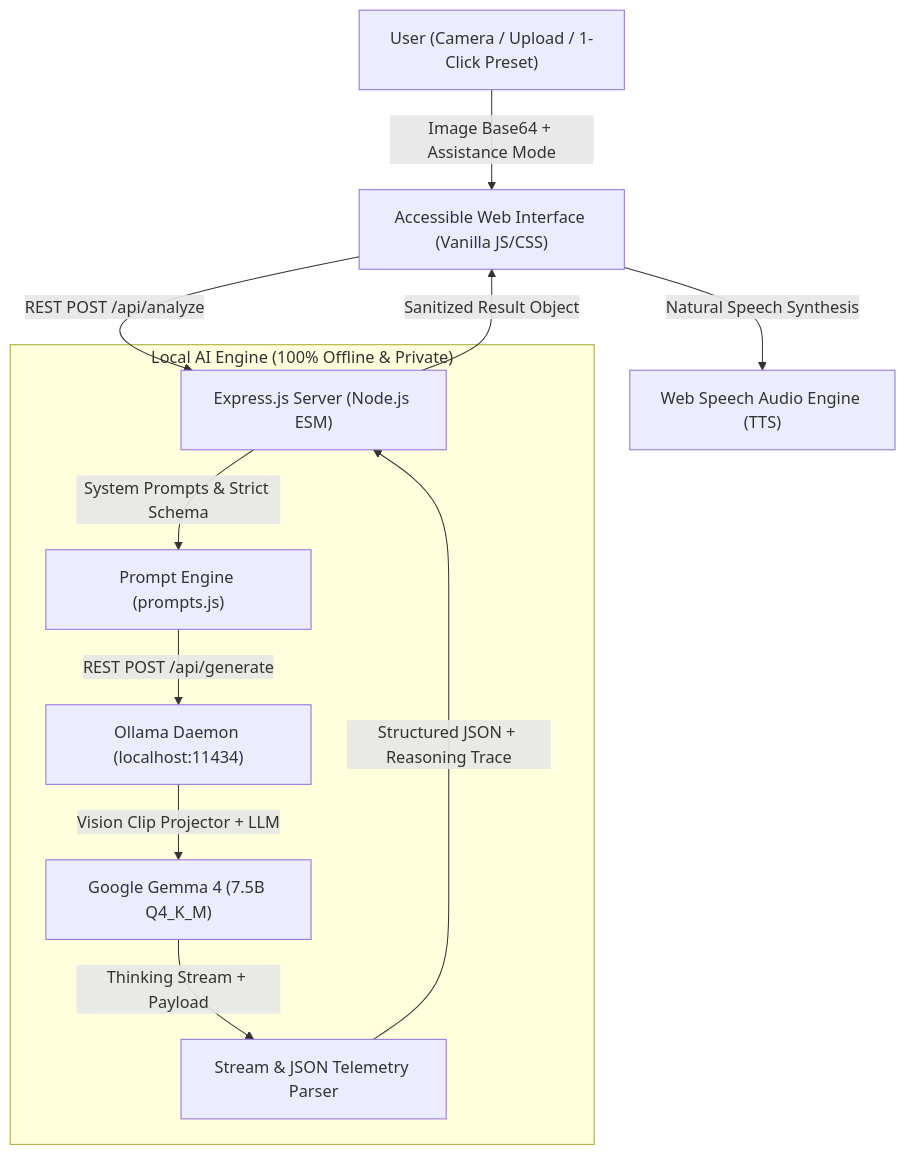
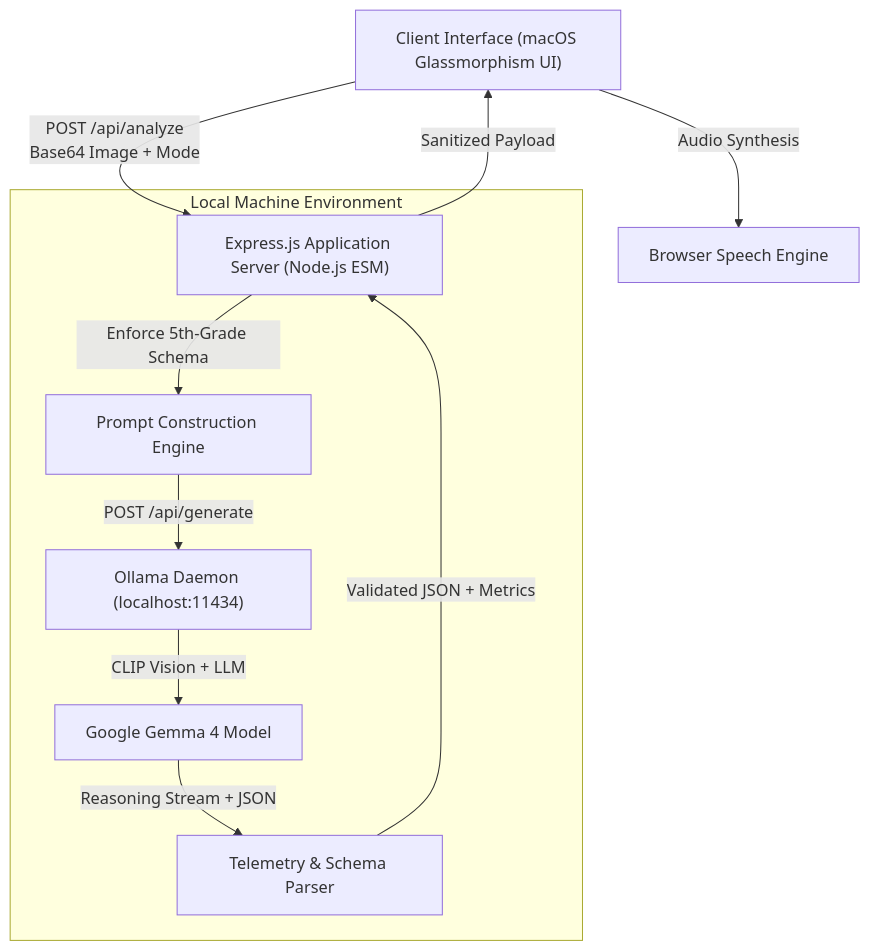
Before and after one commit to Carbon-7/HacktoberFest-26: the second of 2 diagrams in README.md, drawn with Mermaid. The commit also changed other lines of this file and 20 other files, not shown here.

````diff
--- a/README.md
+++ b/README.md
@@ -56,16 +69,15 @@
 ```mermaid
 graph TD
-    User["User (Camera / Upload / 1-Click Preset)"] -->|Image Base64 + Assistance Mode| UI["Accessible Web Interface (Vanilla JS/CSS)"]
-    UI -->|Natural Speech Synthesis| Audio["Web Speech Audio Engine (TTS)"]
-    UI -->|REST POST /api/analyze| Server["Express.js Server (Node.js ESM)"]
-
-    subgraph Local_AI_Engine ["Local AI Engine (100% Offline & Private)"]
-        Server -->|System Prompts & Strict Schema| PromptEngine["Prompt Engine (prompts.js)"]
-        PromptEngine -->|REST POST /api/generate| Ollama["Ollama Daemon (localhost:11434)"]
-        Ollama -->|Vision Clip Projector + LLM| Gemma4["Google Gemma 4 (7.5B Q4_K_M)"]
-        Gemma4 -->|Thinking Stream + Payload| Parser["Stream & JSON Telemetry Parser"]
+    Client["Client Interface (macOS Glassmorphism UI)"] -->|POST /api/analyze<br>Base64 Image + Mode| Server["Express.js Application Server (Node.js ESM)"]
+    
+    subgraph Local_Host ["Local Machine Environment"]
+        Server -->|Enforce 5th-Grade Schema| PromptEngine["Prompt Construction Engine"]
+        PromptEngine -->|POST /api/generate| OllamaDaemon["Ollama Daemon (localhost:11434)"]
+        OllamaDaemon -->|CLIP Vision + LLM| Gemma4["Google Gemma 4 Model"]
+        Gemma4 -->|Reasoning Stream + JSON| Parser["Telemetry & Schema Parser"]
     end
 
-    Parser -->|Structured JSON + Reasoning Trace| Server
-    Server -->|Sanitized Result Object| UI
+    Parser -->|Validated JSON + Metrics| Server
+    Server -->|Sanitized Payload| Client
+    Client -->|Audio Synthesis| SpeechSynth["Browser Speech Engine"]
 ```
````
